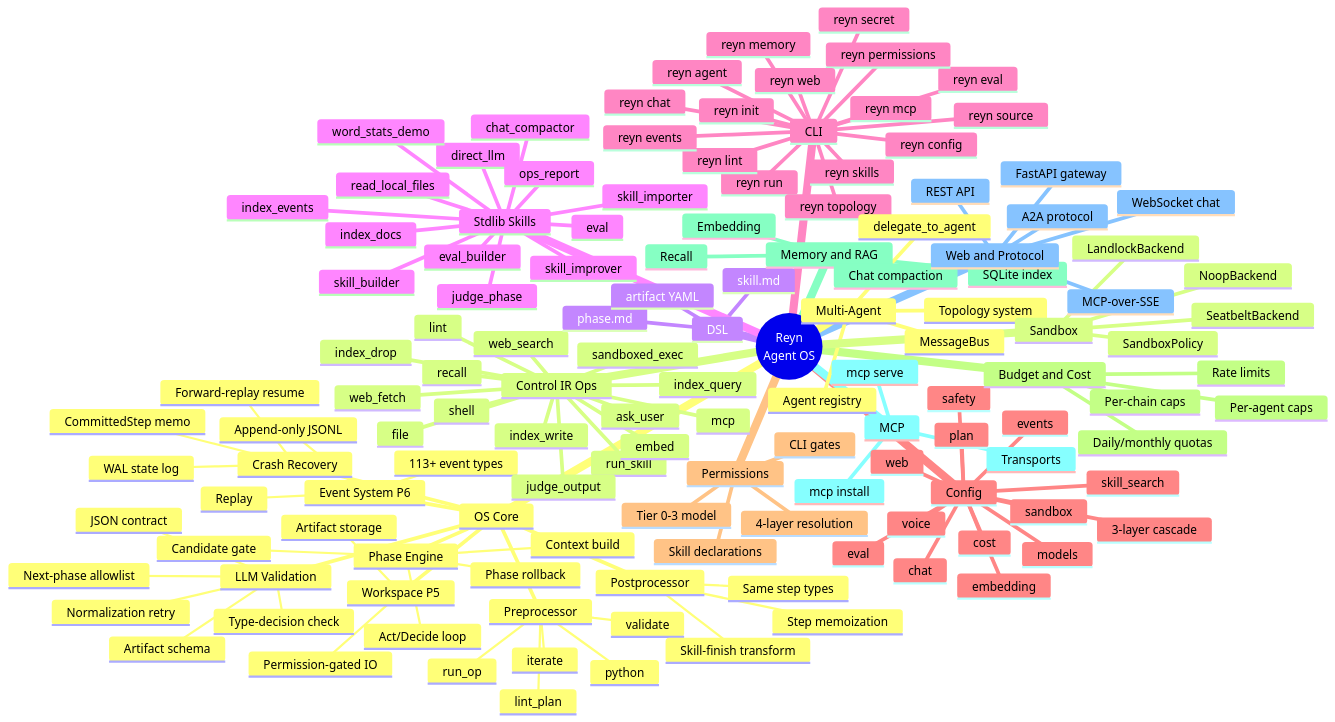
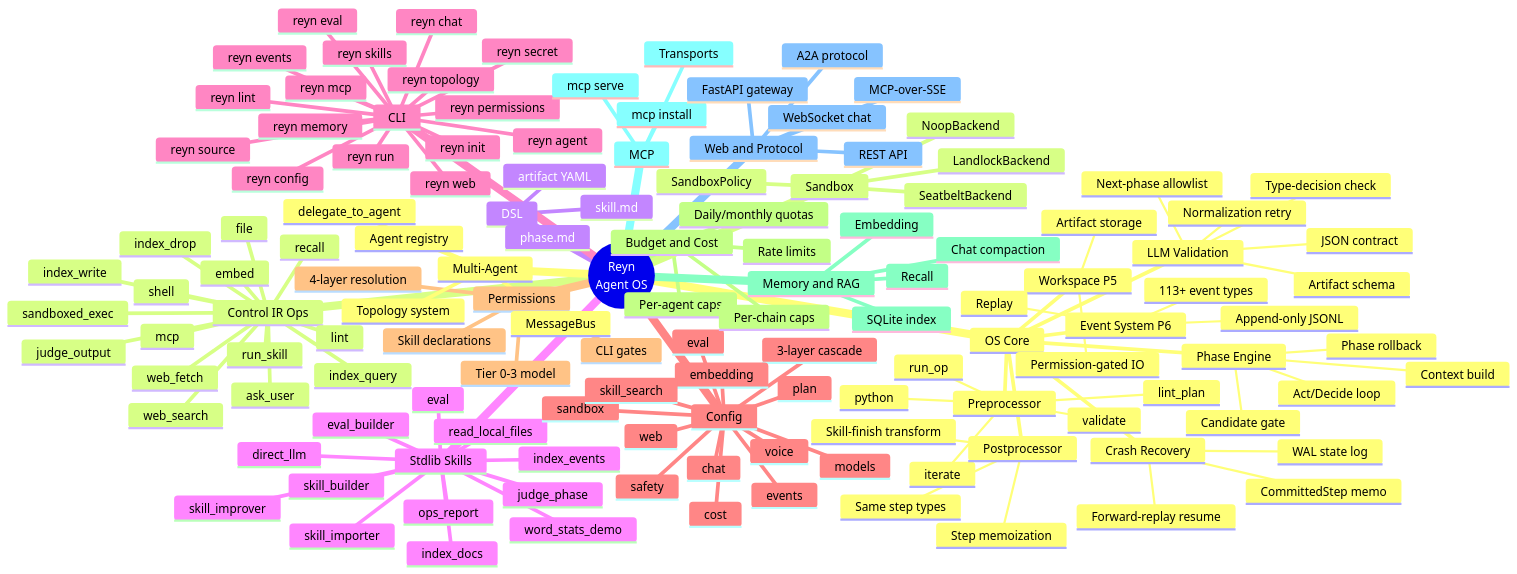
The diagram in docs/feature-map.md (tya5/reyn), drawn with Mermaid before and after one commit. The commit also changed other lines of this file and 22 other files, not shown here.

First line of the commit message:
feat(fp-0008): PR-N3 — chat_compactor skill retired, lifted to OS-internal Python (chat axis)

```diff
--- a/docs/feature-map.md
+++ b/docs/feature-map.md
@@ -67,7 +67,6 @@
       phase.md
       artifact YAML
     Stdlib Skills
-      chat_compactor
       direct_llm
       eval
       eval_builder
```
